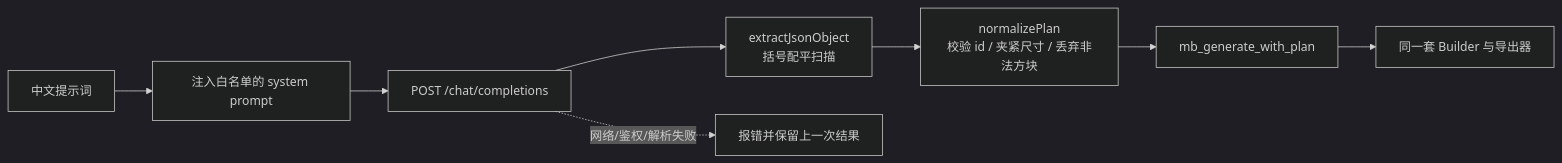
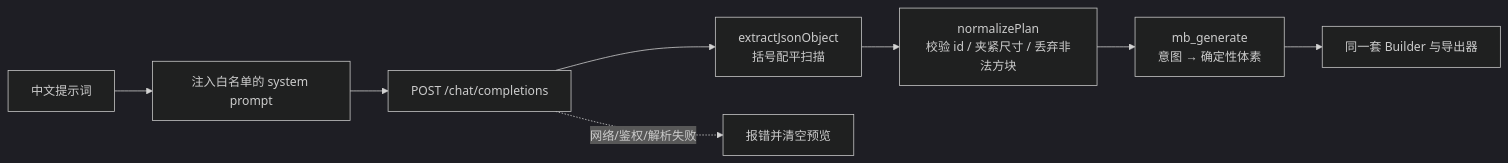
Before and after one commit to sijiyu521/Minecraft-Builder: the diagram in README.md, drawn with Mermaid (dark theme). The commit also changed other lines of this file and 6 other files, not shown here.

````diff
--- a/README.md
+++ b/README.md
@@ -398,10 +346,10 @@
 ```mermaid
 flowchart LR
     A["中文提示词"] --> B["注入白名单的 system prompt"]
     B --> C["POST /chat/completions"]
     C --> D["extractJsonObject<br/>括号配平扫描"]
     D --> E["normalizePlan<br/>校验 id / 夹紧尺寸 / 丢弃非法方块"]
-    E --> F["mb_generate_with_plan"]
+    E --> F["mb_generate<br/>意图 → 确定性体素"]
     F --> G["同一套 Builder 与导出器"]
-    C -. 网络/鉴权/解析失败 .-> H["报错并保留上一次结果"]
+    C -. 网络/鉴权/解析失败 .-> H["报错并清空预览"]
 ```
````
